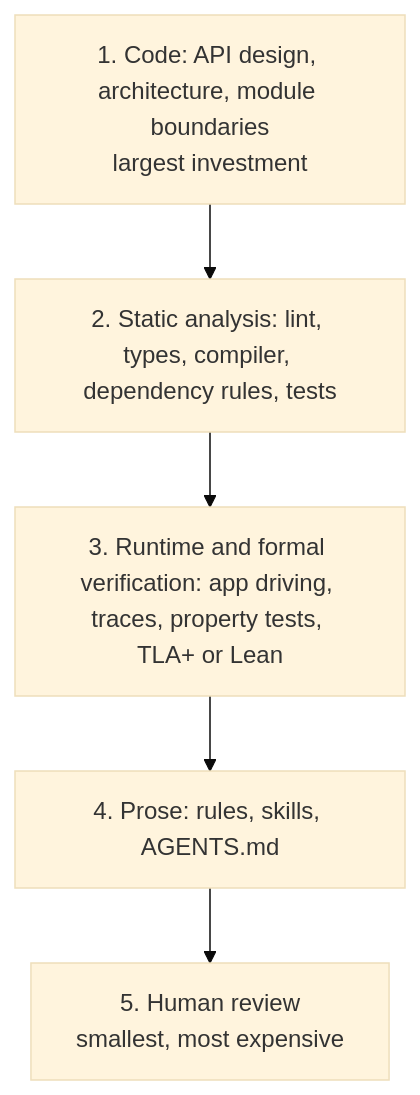
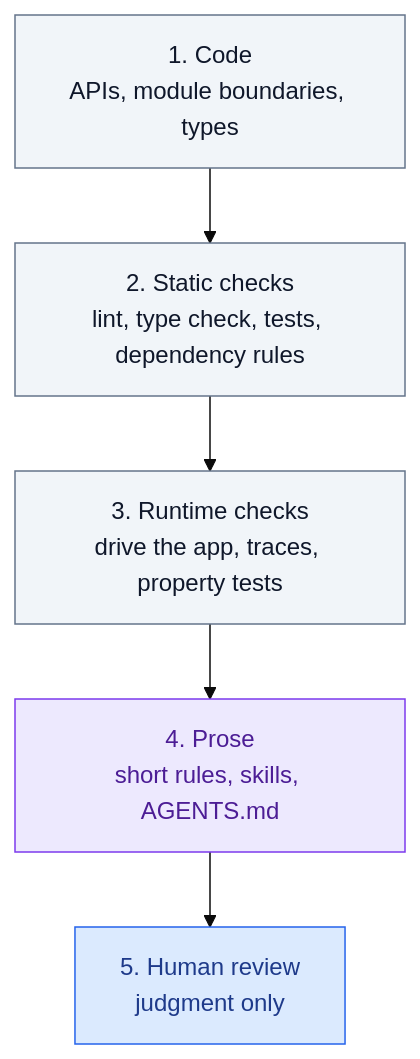
Before and after one commit to icelink-ai/software-factory-manifesto: the diagram in docs/03-guardrails/inverted-pyramid.md, drawn with Mermaid (base theme). The commit also changed other lines of this file and 73 other files, not shown here.

````diff
--- a/docs/03-guardrails/inverted-pyramid.md
+++ b/docs/03-guardrails/inverted-pyramid.md
@@ -27,9 +29,12 @@
 ```mermaid
 flowchart TB
-    L1["1. Code: API design, architecture, module boundaries<br/>largest investment"]
-    L2["2. Static analysis: lint, types, compiler, dependency rules, tests"]
-    L3["3. Runtime and formal verification: app driving, traces, property tests, TLA+ or Lean"]
-    L4["4. Prose: rules, skills, AGENTS.md"]
-    L5["5. Human review<br/>smallest, most expensive"]
+    L1["1. Code<br/>APIs, module boundaries, types"]:::script
+    L2["2. Static checks<br/>lint, type check, tests, dependency rules"]:::script
+    L3["3. Runtime checks<br/>drive the app, traces, property tests"]:::script
+    L4["4. Prose<br/>short rules, skills, AGENTS.md"]:::agent
+    L5["5. Human review<br/>judgment only"]:::person
     L1 --> L2 --> L3 --> L4 --> L5
+    classDef person fill:#dbeafe,stroke:#2563eb,color:#1e3a8a
+    classDef script fill:#f1f5f9,stroke:#64748b,color:#0f172a
+    classDef agent fill:#ede9fe,stroke:#7c3aed,color:#4c1d95
 ```
````
